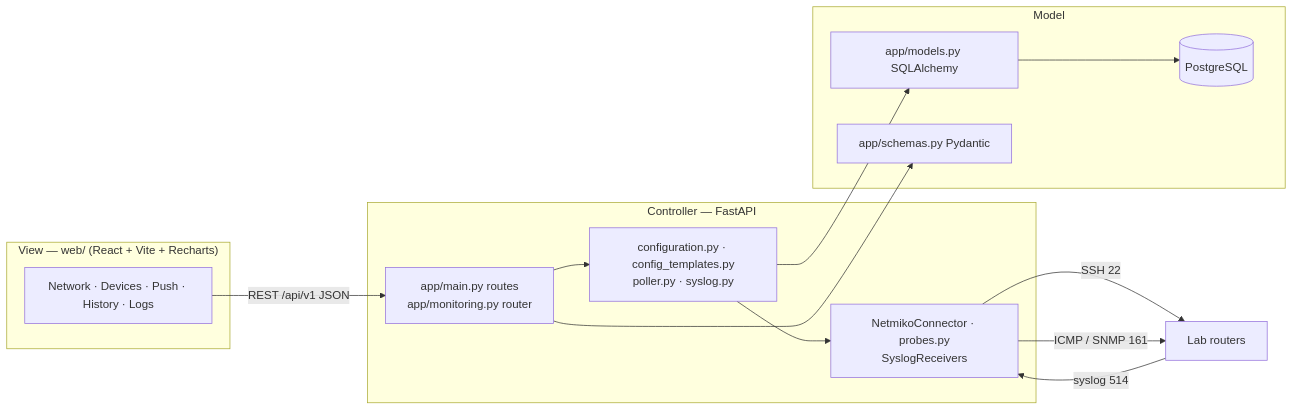
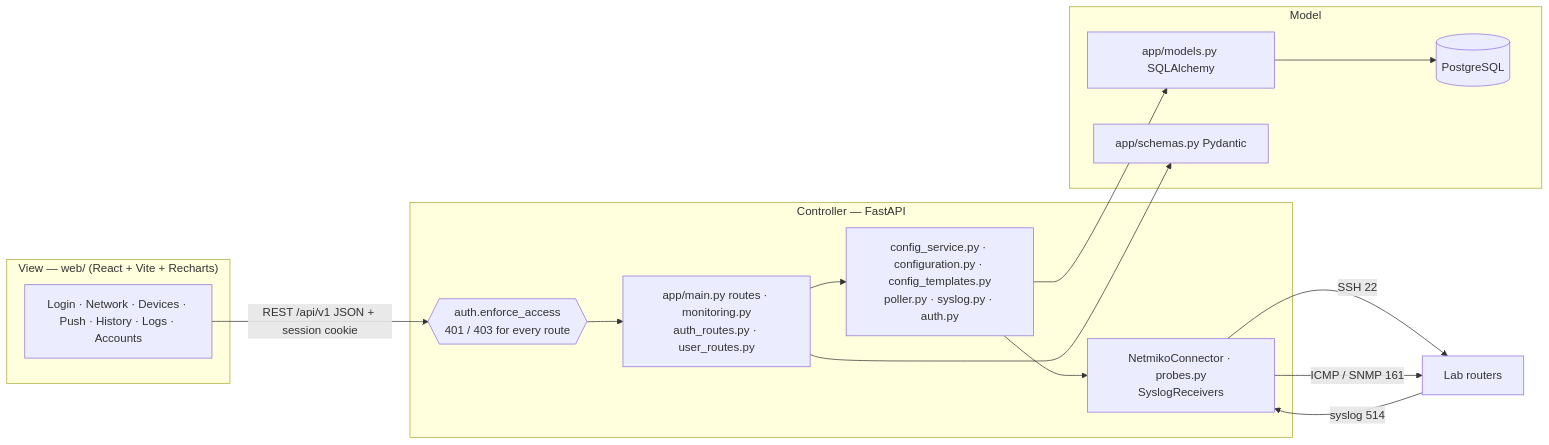
One commit to SeidaSecurity/CS-4398F26 changed the diagram in docs/design/architecture.md. Above: the diagram before and after it, drawn with Mermaid. The commit also changed other lines of this file and 3 other files, not shown here.

````diff
--- a/docs/design/architecture.md
+++ b/docs/design/architecture.md
@@ -7,22 +7,23 @@
 ```mermaid
 flowchart LR
     subgraph View["View — web/ (React + Vite + Recharts)"]
-        Pages[Network · Devices · Push · History · Logs]
+        Pages[Login · Network · Devices · Push · History · Logs · Accounts]
     end
     subgraph Controller["Controller — FastAPI"]
-        Routes[app/main.py routes<br/>app/monitoring.py router]
-        Domain[configuration.py · config_templates.py<br/>poller.py · syslog.py]
+        Policy{{auth.enforce_access<br/>401 / 403 for every route}}
+        Routes[app/main.py routes · monitoring.py<br/>auth_routes.py · user_routes.py]
+        Domain[config_service.py · configuration.py · config_templates.py<br/>poller.py · syslog.py · auth.py]
         Adapters[NetmikoConnector · probes.py<br/>SyslogReceivers]
     end
     subgraph Model["Model"]
         ORM[app/models.py SQLAlchemy] --> DB[(PostgreSQL)]
         DTO[app/schemas.py Pydantic]
     end
-    Pages -- REST /api/v1 JSON --> Routes
+    Pages -- REST /api/v1 JSON + session cookie --> Policy --> Routes
     Routes --> Domain --> ORM
     Routes --> DTO
     Domain --> Adapters
     Adapters -- SSH 22 --> Dev[Lab routers]
     Adapters -- ICMP / SNMP 161 --> Dev
     Dev -- syslog 514 --> Adapters
 ```
````
